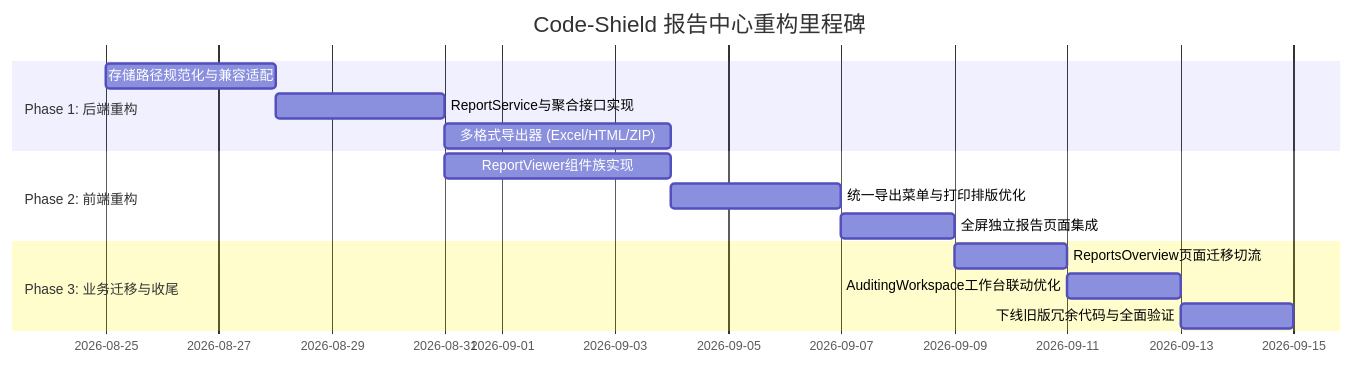
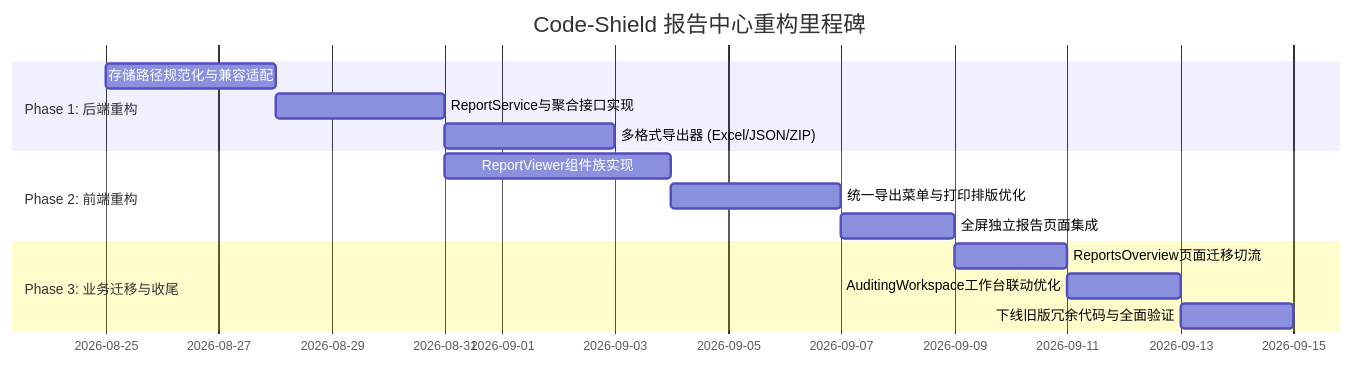
One commit to fugui/code-shield changed the third of 3 diagrams in docs/TASK_REPORT_REFACTOR_DESIGN.md. Above: the diagram before and after it, drawn with Mermaid. The commit also changed other lines of this file, not shown here.

Commit message:
docs: 优化任务报告重构方案，明确 HTML 仅作为在线界面展示无需导出

````diff
--- a/docs/TASK_REPORT_REFACTOR_DESIGN.md
+++ b/docs/TASK_REPORT_REFACTOR_DESIGN.md
@@ -419,17 +416,17 @@
 ```mermaid
 gantt
     title Code-Shield 报告中心重构里程碑
     dateFormat  YYYY-MM-DD
     section Phase 1: 后端重构
     存储路径规范化与兼容适配        :a1, 2026-08-25, 3d
     ReportService与聚合接口实现     :a2, after a1, 3d
-    多格式导出器 (Excel/HTML/ZIP)   :a3, after a2, 4d
+    多格式导出器 (Excel/JSON/ZIP)   :a3, after a2, 3d
     section Phase 2: 前端重构
     ReportViewer组件族实现         :b1, after a2, 4d
     统一导出菜单与打印排版优化       :b2, after b1, 3d
     全屏独立报告页面集成           :b3, after b2, 2d
     section Phase 3: 业务迁移与收尾
     ReportsOverview页面迁移切流    :c1, after b3, 2d
     AuditingWorkspace工作台联动优化 :c2, after c1, 2d
     下线旧版冗余代码与全面验证       :c3, after c2, 2d
 ```
````
